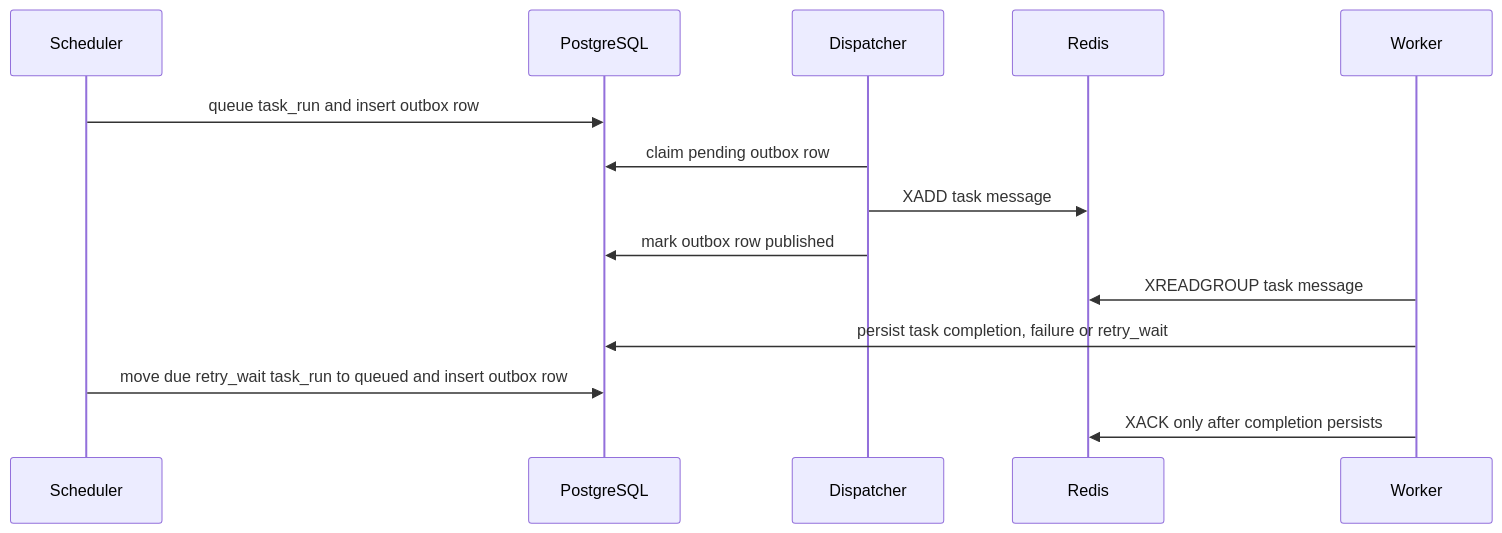
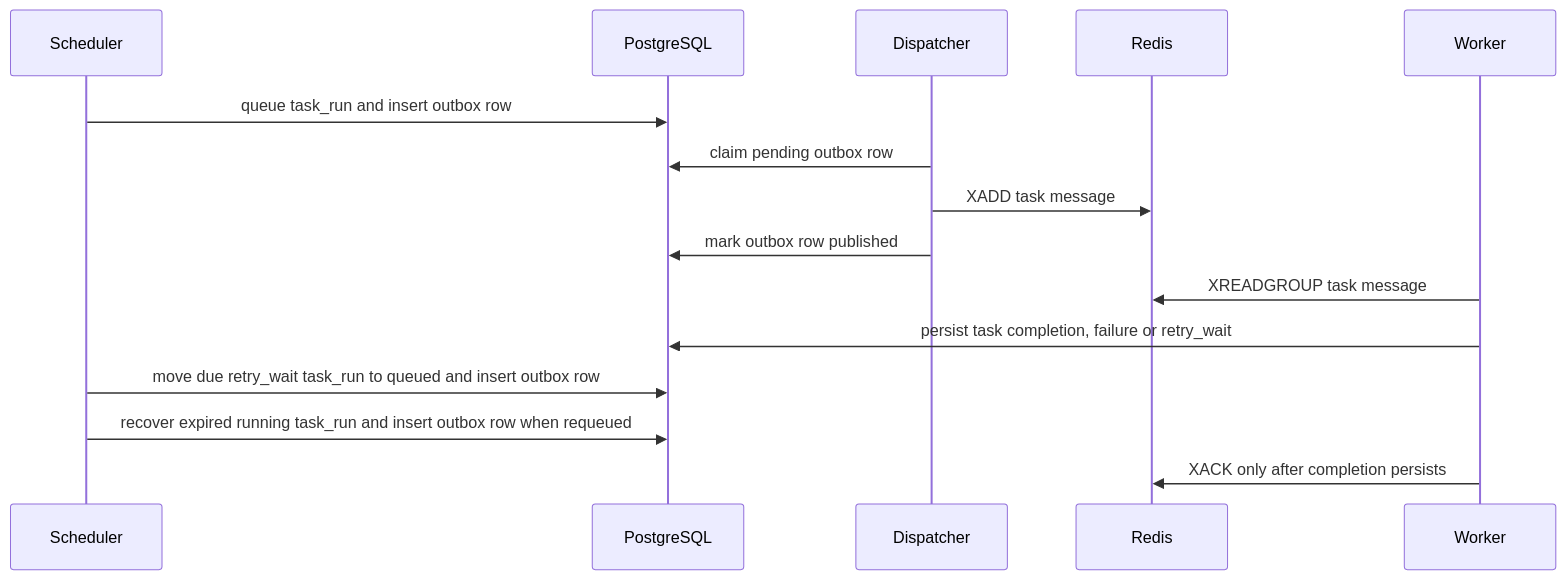
The diagram in docs/failure-model.md (Hyowon-A/goflow), drawn with Mermaid before and after one commit. The commit also changed other lines of this file and 5 other files, not shown here.

````diff
--- a/docs/failure-model.md
+++ b/docs/failure-model.md
@@ -102,17 +102,18 @@
 ```mermaid
 sequenceDiagram
     participant Scheduler
     participant Postgres as PostgreSQL
     participant Dispatcher
     participant Redis
     participant Worker
 
     Scheduler->>Postgres: queue task_run and insert outbox row
     Dispatcher->>Postgres: claim pending outbox row
     Dispatcher->>Redis: XADD task message
     Dispatcher->>Postgres: mark outbox row published
     Worker->>Redis: XREADGROUP task message
     Worker->>Postgres: persist task completion, failure or retry_wait
     Scheduler->>Postgres: move due retry_wait task_run to queued and insert outbox row
+    Scheduler->>Postgres: recover expired running task_run and insert outbox row when requeued
     Worker->>Redis: XACK only after completion persists
 ```
````
